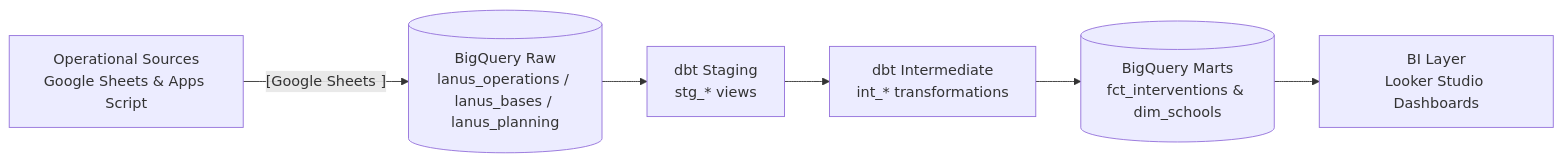
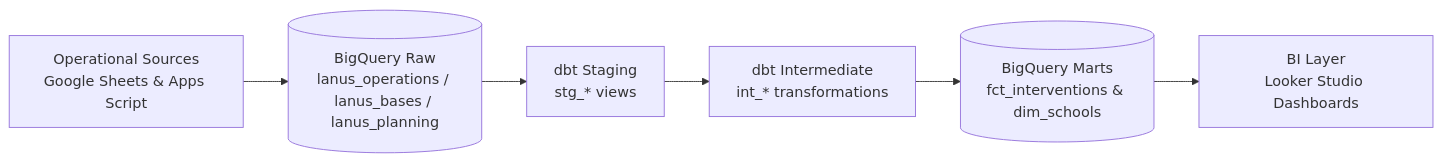
The diagram in README.md (devmayda/lanus_analytics), drawn with Mermaid before and after one commit.

Commit message:
Minor fixes to documentation

````diff
--- a/README.md
+++ b/README.md
@@ -23,8 +23,8 @@
 ```mermaid
 flowchart LR
-    A[Operational Sources<br/>Google Sheets & Apps Script] -->|"[Google Sheets ]"| B[(BigQuery Raw<br/>lanus_operations / lanus_bases / lanus_planning)]
+    A[Operational Sources<br/>Google Sheets & Apps Script] --> B[(BigQuery Raw<br/>lanus_operations / lanus_bases / lanus_planning)]
     B --> C[dbt Staging<br/>stg_* views]
     C --> D[dbt Intermediate<br/>int_* transformations]
     D --> E[(BigQuery Marts<br/>fct_interventions & dim_schools)]
     E --> F[BI Layer<br/>Looker Studio Dashboards]
 ```
````
